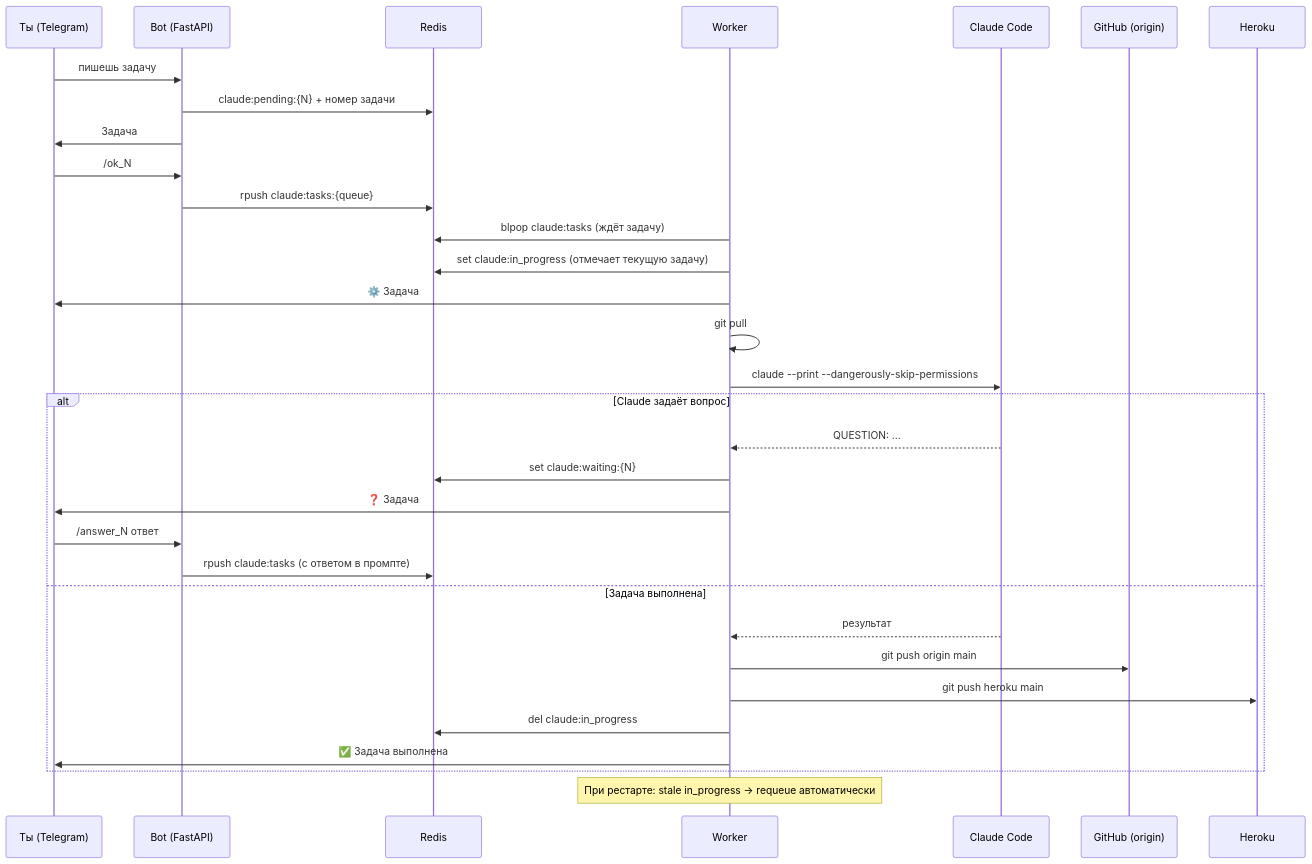
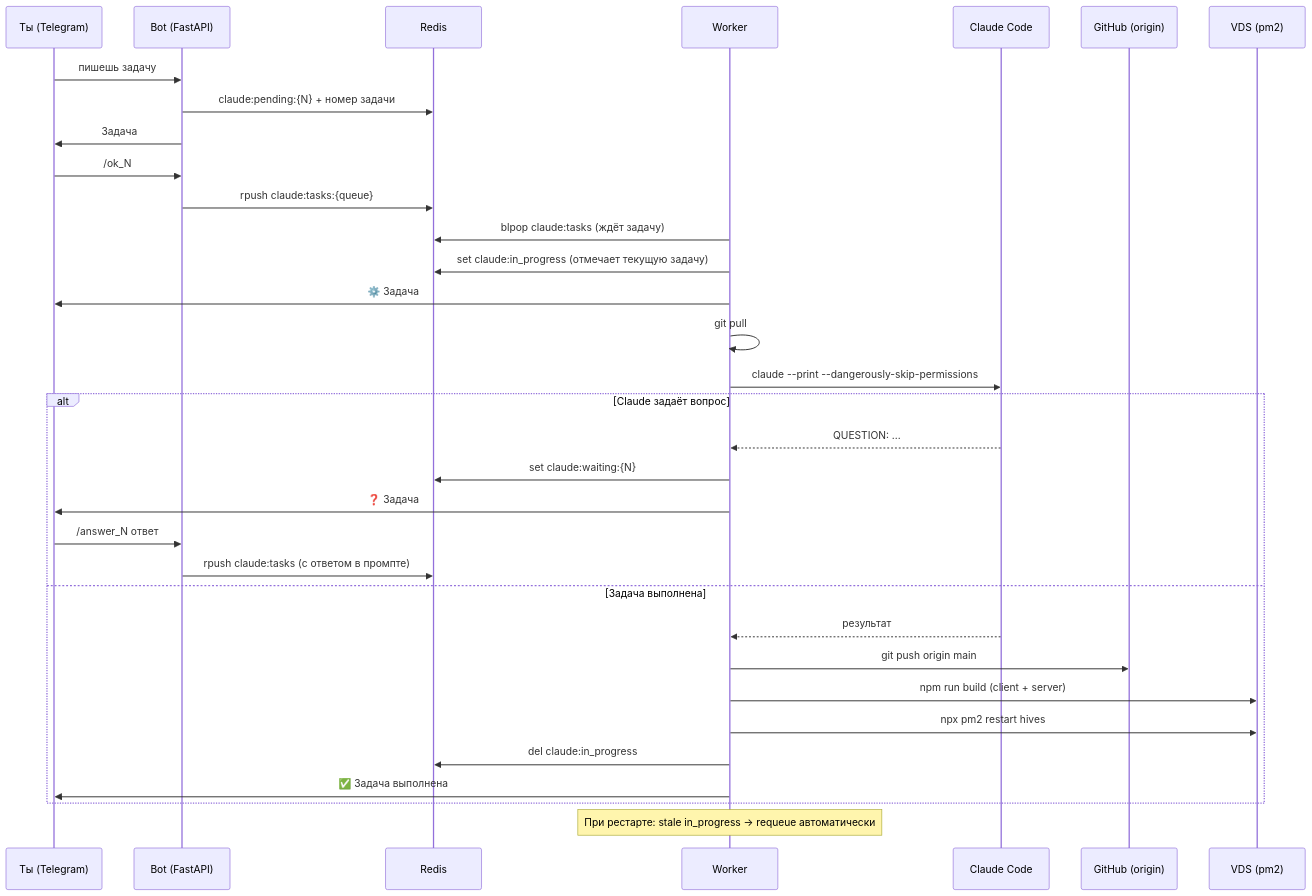
The diagram in README.md (NeradziukA/project-manager), drawn with Mermaid before and after one commit. The commit also changed other lines of this file and 6 other files, not shown here.

First line of the commit message:
feat: replace Heroku deploy with VDS pm2 restart

````diff
--- a/README.md
+++ b/README.md
@@ -5,38 +5,39 @@
 ```mermaid
 sequenceDiagram
     participant U as Ты (Telegram)
     participant B as Bot (FastAPI)
     participant R as Redis
     participant W as Worker
     participant C as Claude Code
     participant G as GitHub (origin)
-    participant H as Heroku
+    participant V as VDS (pm2)
 
     U->>B: пишешь задачу
     B->>R: claude:pending:{N} + номер задачи
     B->>U: Задача #N принята. /ok_N для подтверждения
 
     U->>B: /ok_N
     B->>R: rpush claude:tasks:{queue}
 
     W->>R: blpop claude:tasks (ждёт задачу)
     W->>R: set claude:in_progress (отмечает текущую задачу)
     W->>U: ⚙️ Задача #N принята в работу
     W->>W: git pull
     W->>C: claude --print --dangerously-skip-permissions
     alt Claude задаёт вопрос
         C-->>W: QUESTION: ...
         W->>R: set claude:waiting:{N}
         W->>U: ❓ Задача #N — вопрос: ... /answer_N
         U->>B: /answer_N ответ
         B->>R: rpush claude:tasks (с ответом в промпте)
     else Задача выполнена
         C-->>W: результат
         W->>G: git push origin main
-        W->>H: git push heroku main
+        W->>V: npm run build (client + server)
+        W->>V: npx pm2 restart hives
         W->>R: del claude:in_progress
         W->>U: ✅ Задача выполнена
     end
 
     note over W: При рестарте: stale in_progress → requeue автоматически
 ```
````
